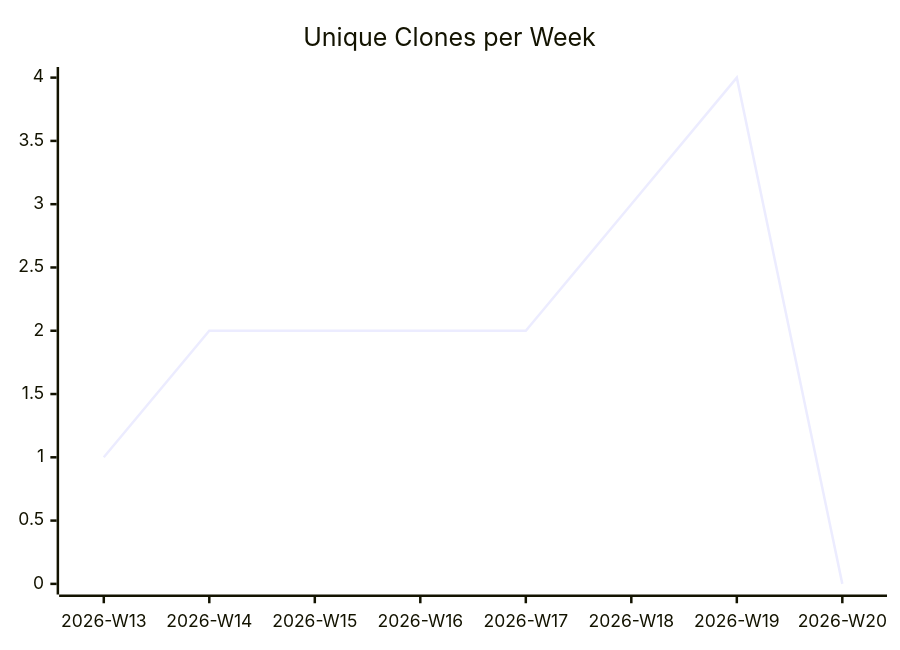
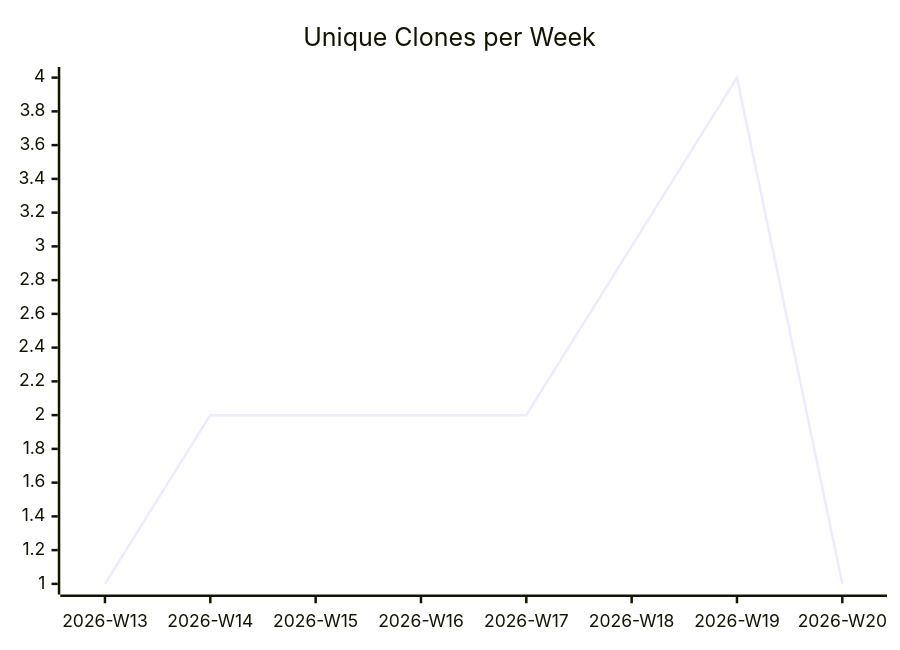
The third of 3 diagrams in karlmdavis/hello-rust-actix/README.md (justdavis-family/github-analytics-data), drawn with Mermaid before and after one commit. The commit also changed other lines of this file and 190 other files, not shown here.

````diff
--- a/karlmdavis/hello-rust-actix/README.md
+++ b/karlmdavis/hello-rust-actix/README.md
@@ -19,6 +19,6 @@
 ```mermaid
 xychart-beta
   title "Unique Clones per Week"
   x-axis ["2026-W13", "2026-W14", "2026-W15", "2026-W16", "2026-W17", "2026-W18", "2026-W19", "2026-W20"]
-  line [1, 2, 2, 2, 2, 3, 4, 0]
+  line [1, 2, 2, 2, 2, 3, 4, 1]
 ```
````
